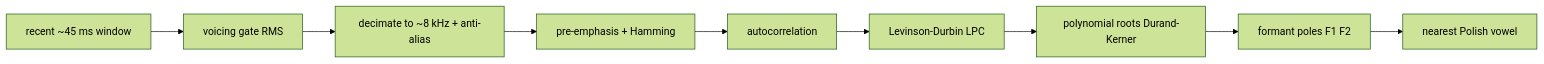
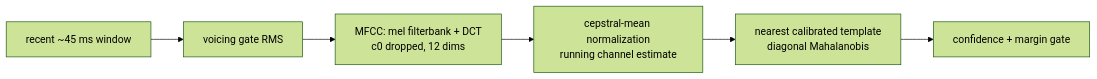
The third of 4 diagrams in docs/src/visualizer.md (pipejesus/rondelek-twst-1), drawn with Mermaid (forest theme) before and after one commit. The commit also changed other lines of this file and 30 other files, not shown here.

````diff
--- a/docs/src/visualizer.md
+++ b/docs/src/visualizer.md
@@ -108,11 +111,8 @@
 ```mermaid
 flowchart LR
     win[recent ~45 ms window] --> gate[voicing gate RMS]
-    gate --> dec[decimate to ~8 kHz + anti-alias]
-    dec --> pre[pre-emphasis + Hamming]
-    pre --> ac[autocorrelation]
-    ac --> lpc[Levinson-Durbin LPC]
-    lpc --> roots[polynomial roots Durand-Kerner]
-    roots --> form[formant poles F1 F2]
-    form --> cls[nearest Polish vowel]
+    gate --> mfcc[MFCC: mel filterbank + DCT<br/>c0 dropped, 12 dims]
+    mfcc --> cmn[cepstral-mean normalization<br/>running channel estimate]
+    cmn --> cls[nearest calibrated template<br/>diagonal Mahalanobis]
+    cls --> gate2[confidence + margin gate]
 ```
````
